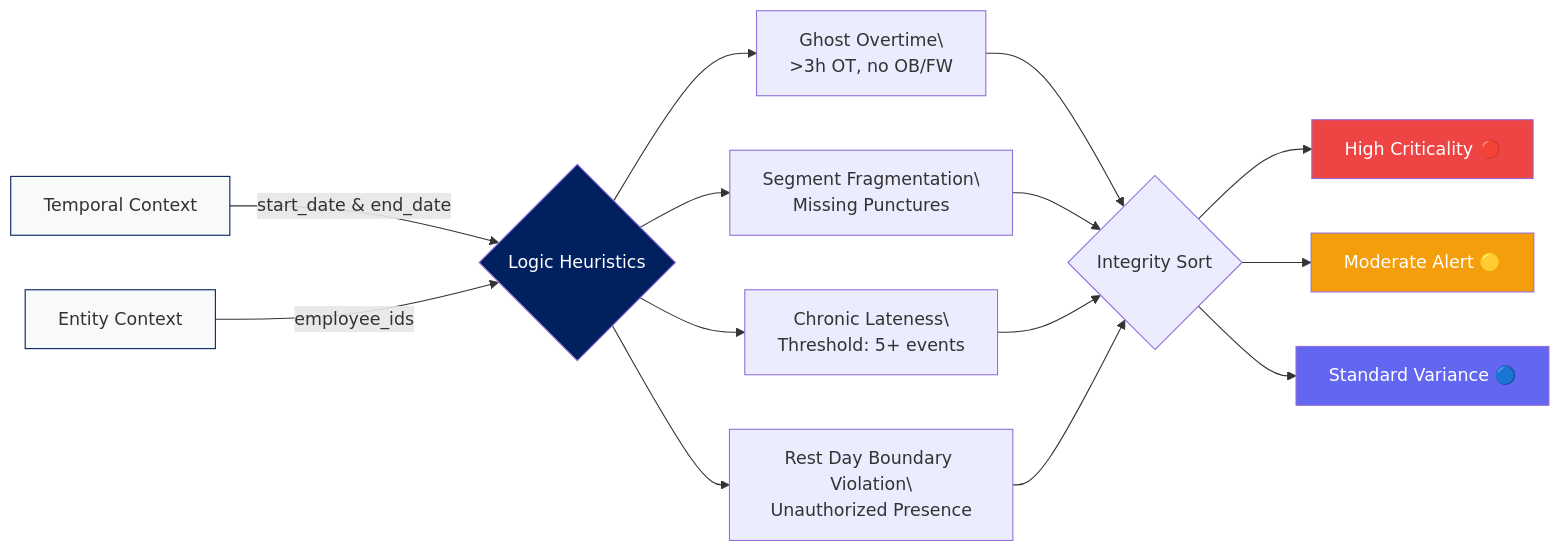
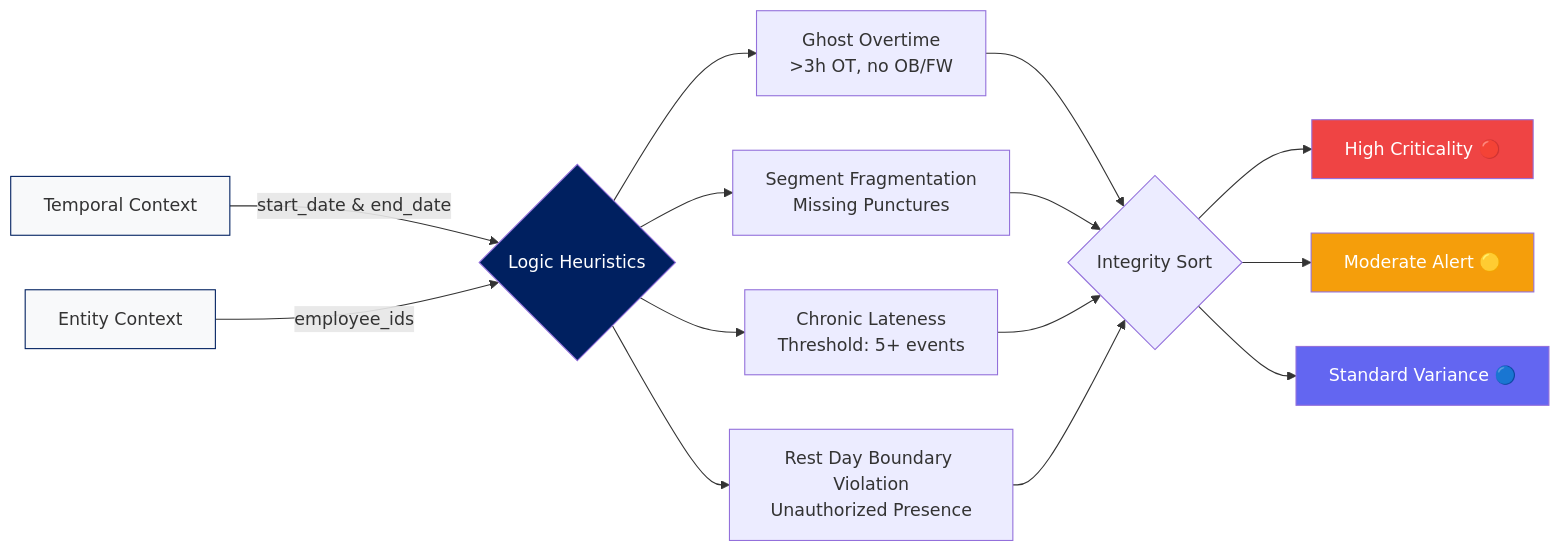
One commit to binssente-crypto/PAYROLL-DOCUMENTATION changed the fifth of 18 diagrams in README.md. Above: the diagram before and after it, drawn with Mermaid. The commit also changed other lines of this file, not shown here.

````diff
--- a/README.md
+++ b/README.md
@@ -189,26 +189,26 @@
 ```mermaid
 flowchart LR
     PERIOD[Temporal Context] -->|start_date & end_date| RULES{Logic Heuristics}
     EMP[Entity Context] -->|employee_ids| RULES
     
-    RULES --> R1["Ghost Overtime\\n>3h OT, no OB/FW"]
-    RULES --> R2["Segment Fragmentation\\nMissing Punctures"]
-    RULES --> R3["Chronic Lateness\\nThreshold: 5+ events"]
-    RULES --> R4["Rest Day Boundary Violation\\nUnauthorized Presence"]
+    RULES --> R1["Ghost Overtime<br/>>3h OT, no OB/FW"]
+    RULES --> R2["Segment Fragmentation<br/>Missing Punctures"]
+    RULES --> R3["Chronic Lateness<br/>Threshold: 5+ events"]
+    RULES --> R4["Rest Day Boundary Violation<br/>Unauthorized Presence"]
     
     R1 --> SEV{Integrity Sort}
     R2 --> SEV
     R3 --> SEV
     R4 --> SEV
     
     SEV --> HIGH[High Criticality 🔴]
     SEV --> MED[Moderate Alert 🟡]
     SEV --> LOW[Standard Variance 🔵]
 
     style RULES fill:#002060,color:#fff
     style PERIOD fill:#f8f9fa,stroke:#002060
     style EMP fill:#f8f9fa,stroke:#002060
     style HIGH fill:#ef4444,color:#fff
     style MED fill:#f59e0b,color:#fff
     style LOW fill:#6366f1,color:#fff
 ```
````
